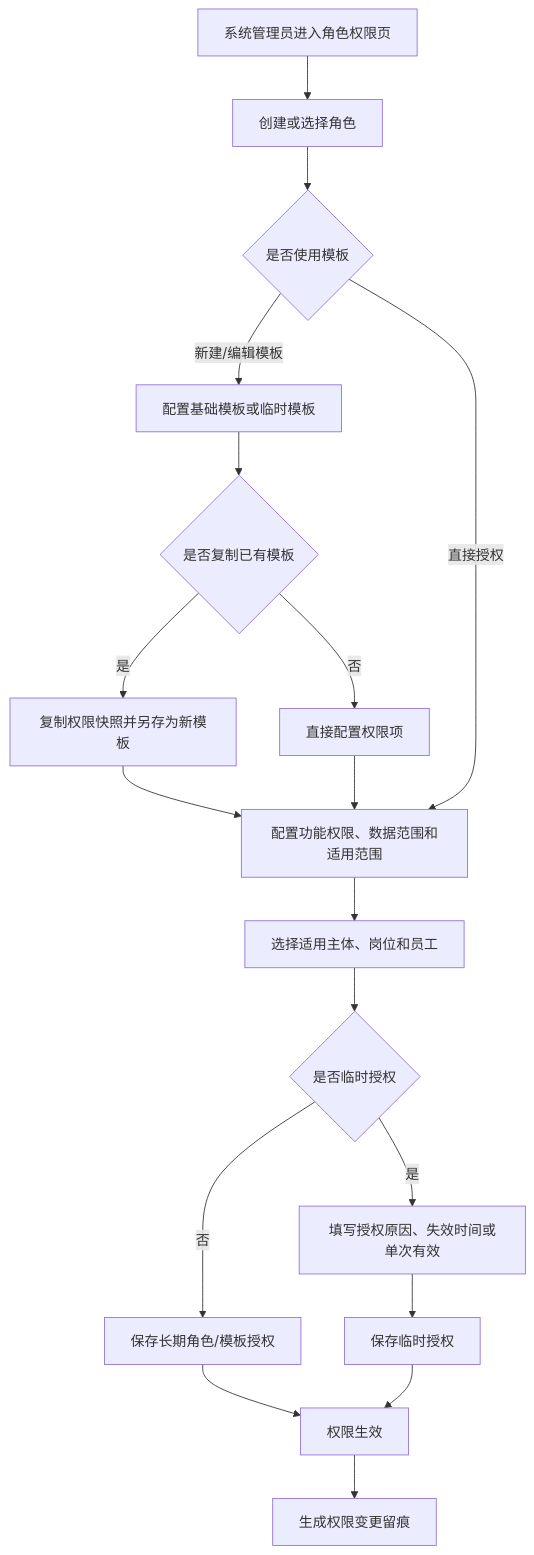
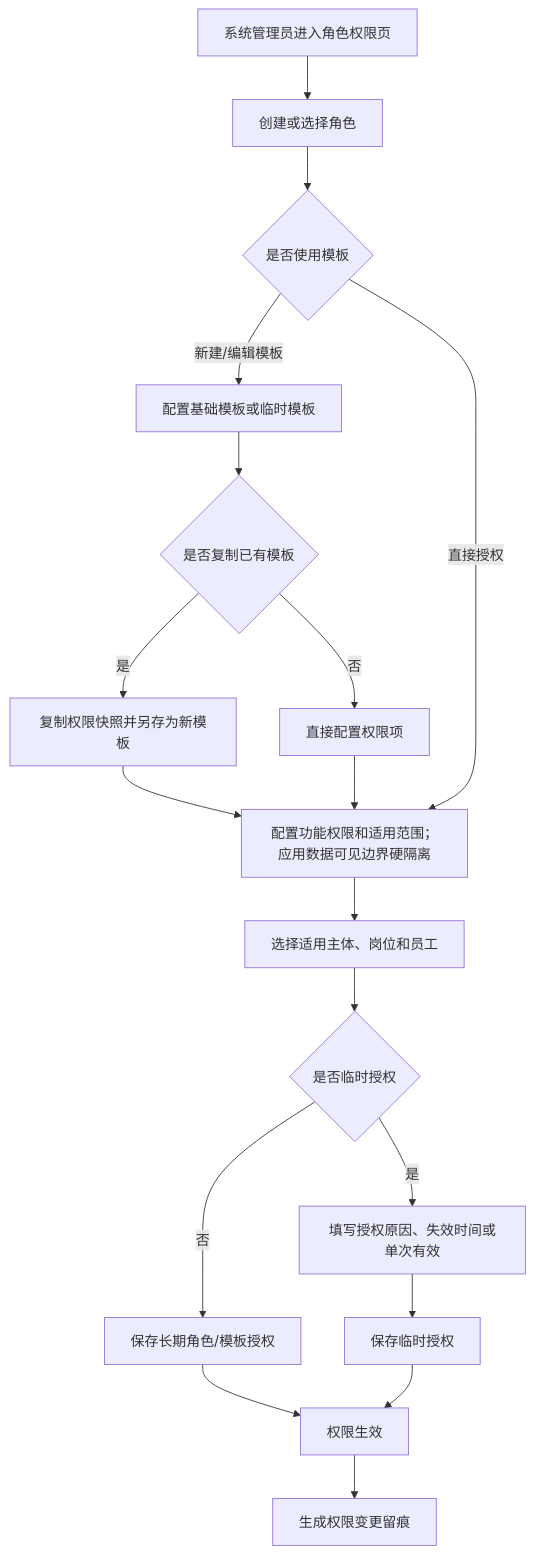
Diagram 15 of 19 in docs/platform-governance-product-spec-v0.2.md (jxh1979/mall), drawn with Mermaid before and after one commit. The commit also changed other lines of this file and 8 other files, not shown here.

````diff
--- a/docs/platform-governance-product-spec-v0.2.md
+++ b/docs/platform-governance-product-spec-v0.2.md
@@ -2034,20 +2032,20 @@
 ```mermaid
 flowchart TD
     A["系统管理员进入角色权限页"] --> B["创建或选择角色"]
     B --> C{"是否使用模板"}
     C -- "新建/编辑模板" --> D["配置基础模板或临时模板"]
     D --> E{"是否复制已有模板"}
     E -- "是" --> F["复制权限快照并另存为新模板"]
     E -- "否" --> G["直接配置权限项"]
-    F --> H["配置功能权限、数据范围和适用范围"]
+    F --> H["配置功能权限和适用范围；应用数据可见边界硬隔离"]
     G --> H
     C -- "直接授权" --> H
     H --> I["选择适用主体、岗位和员工"]
     I --> J{"是否临时授权"}
     J -- "否" --> K["保存长期角色/模板授权"]
     J -- "是" --> L["填写授权原因、失效时间或单次有效"]
     L --> M["保存临时授权"]
     K --> N["权限生效"]
     M --> N
     N --> O["生成权限变更留痕"]
 ```
````
